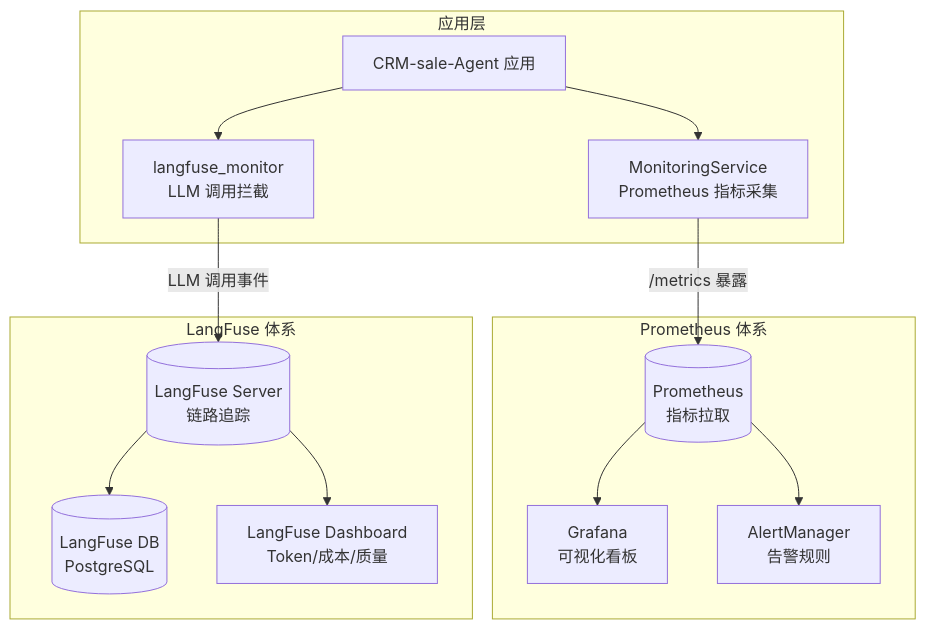
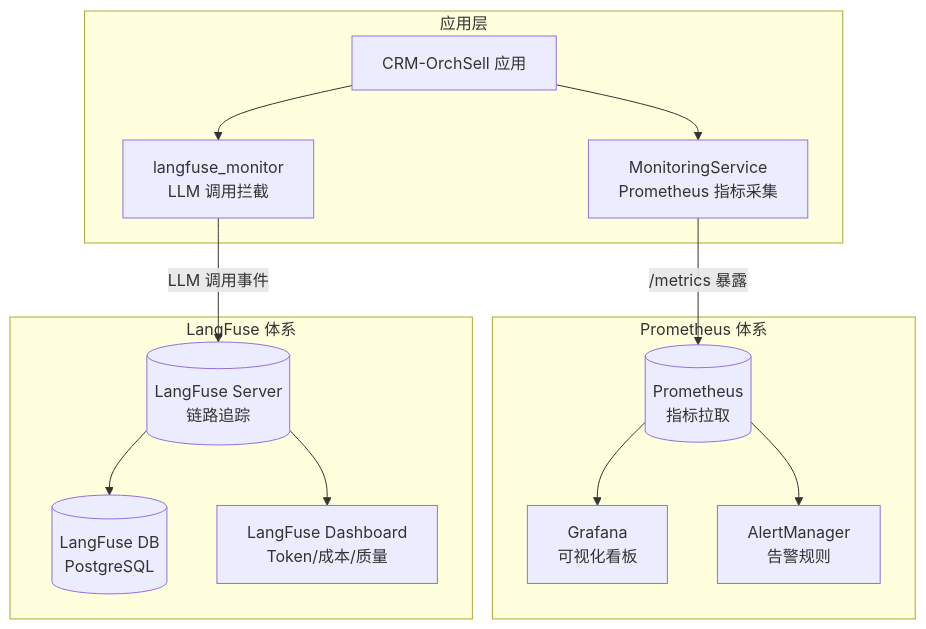
The eighth of 8 diagrams in docs/项目架构图文档.md (VelproCarol/CRM-OrchSell), drawn with Mermaid before and after one commit. The commit also changed other lines of this file and 14 other files, not shown here.

````diff
--- a/docs/项目架构图文档.md
+++ b/docs/项目架构图文档.md
@@ -491,31 +491,31 @@
 ```mermaid
 graph TB
     subgraph 应用层
-        APP[CRM-sale-Agent 应用]
+        APP[CRM-OrchSell 应用]
         MS[MonitoringService<br/>Prometheus 指标采集]
         LFM[langfuse_monitor<br/>LLM 调用拦截]
     end
 
     subgraph Prometheus 体系
         PROM[(Prometheus<br/>指标拉取)]
         GRAFANA[Grafana<br/>可视化看板]
         ALERT[AlertManager<br/>告警规则]
     end
 
     subgraph LangFuse 体系
         LFSRV[(LangFuse Server<br/>链路追踪)]
         LFPG[(LangFuse DB<br/>PostgreSQL)]
         LFDASH[LangFuse Dashboard<br/>Token/成本/质量]
     end
 
     APP --> MS
     APP --> LFM
 
     MS -->|/metrics 暴露| PROM
     PROM --> GRAFANA
     PROM --> ALERT
 
     LFM -->|LLM 调用事件| LFSRV
     LFSRV --> LFPG
     LFSRV --> LFDASH
 ```
````
